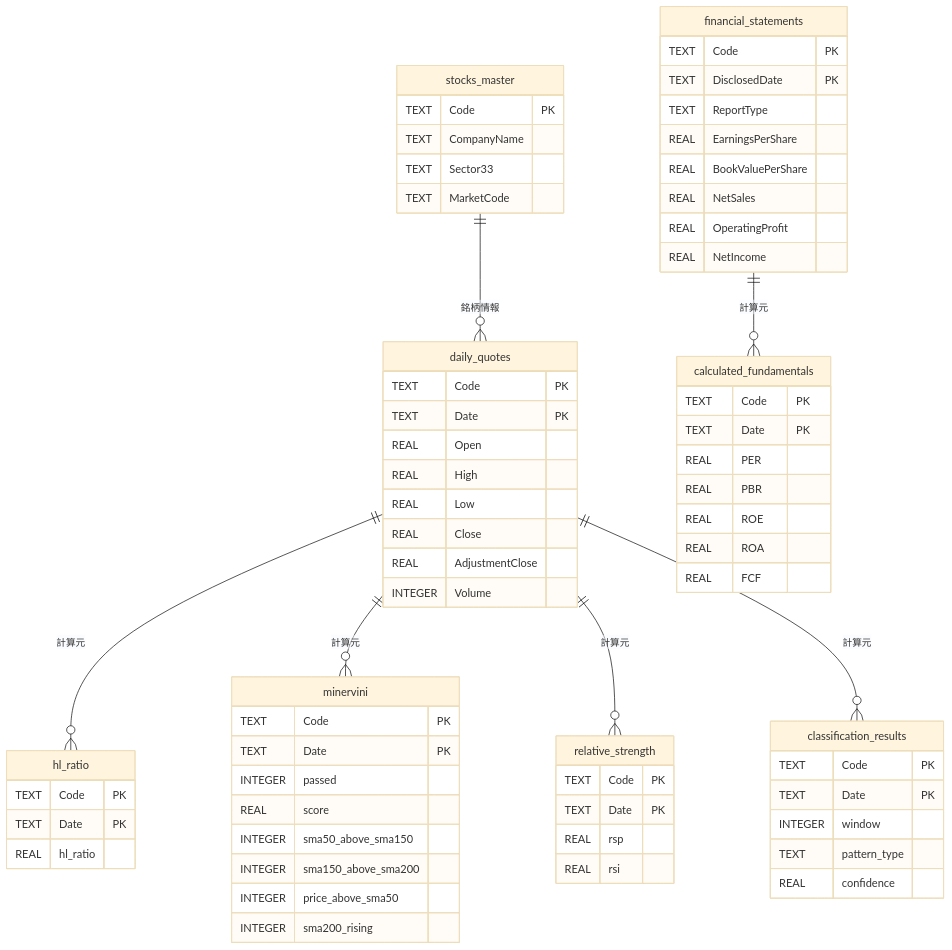
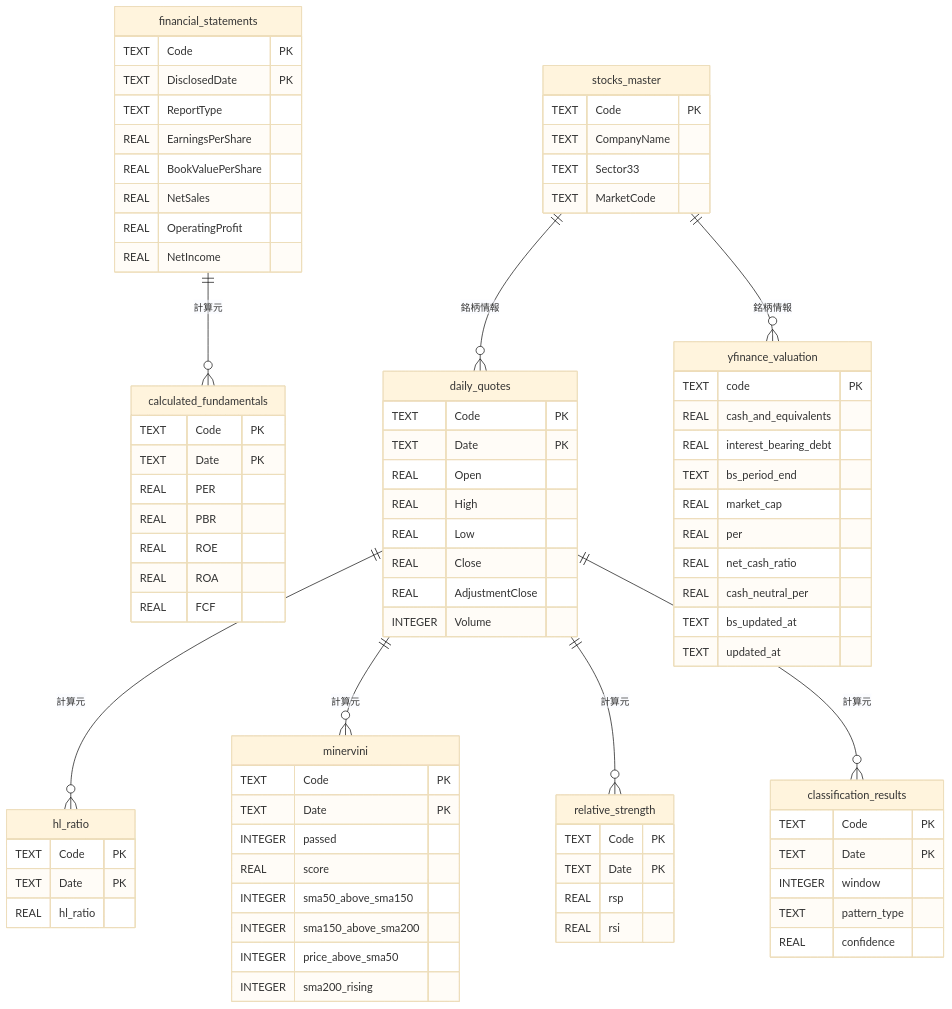
The fifth of 8 diagrams in docs/core/diagrams.md (aidotters/stock-analysis), drawn with Mermaid (base theme) before and after one commit. The commit also changed other lines of this file and 14 other files, not shown here.

Commit message:
feat: cash-neutral-per added

````diff
--- a/docs/core/diagrams.md
+++ b/docs/core/diagrams.md
@@ -281,10 +296,24 @@
         REAL confidence
     }
 
+    yfinance_valuation {
+        TEXT code PK
+        REAL cash_and_equivalents
+        REAL interest_bearing_debt
+        TEXT bs_period_end
+        REAL market_cap
+        REAL per
+        REAL net_cash_ratio
+        REAL cash_neutral_per
+        TEXT bs_updated_at
+        TEXT updated_at
+    }
+
     daily_quotes ||--o{ hl_ratio : "計算元"
     daily_quotes ||--o{ minervini : "計算元"
     daily_quotes ||--o{ relative_strength : "計算元"
     daily_quotes ||--o{ classification_results : "計算元"
     financial_statements ||--o{ calculated_fundamentals : "計算元"
     stocks_master ||--o{ daily_quotes : "銘柄情報"
+    stocks_master ||--o{ yfinance_valuation : "銘柄情報"
 ```
````
